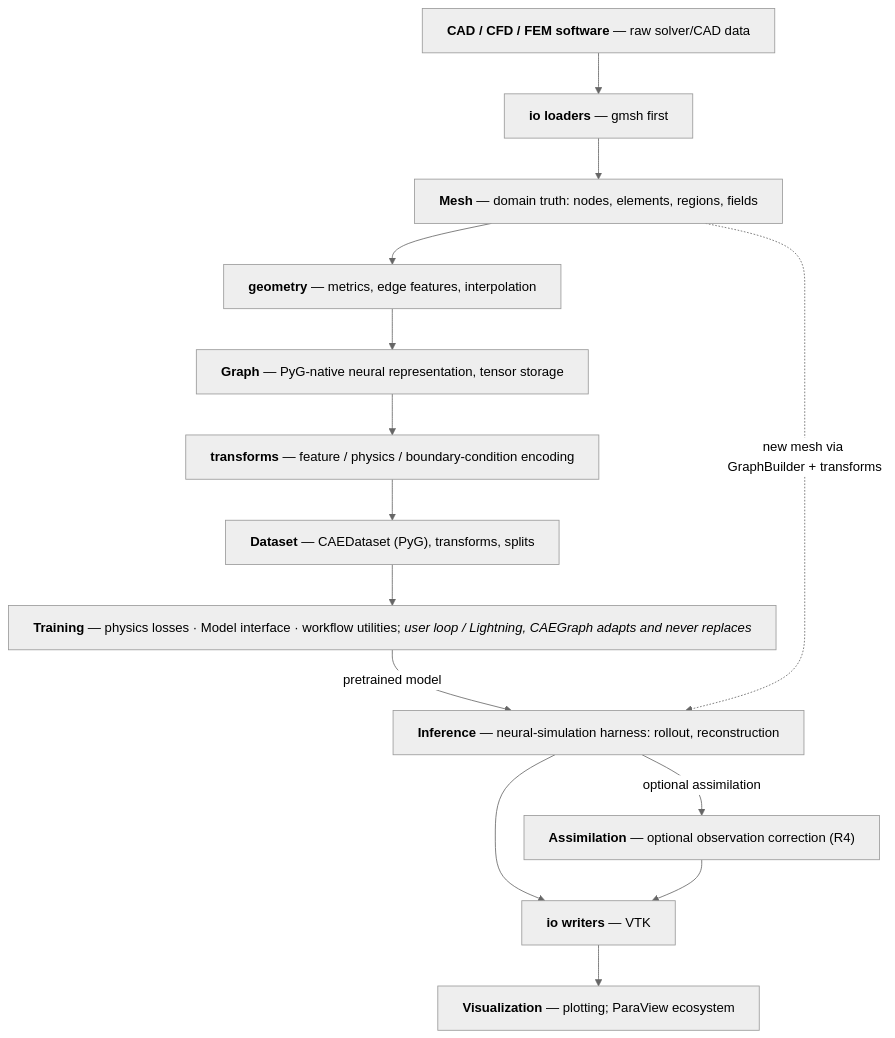
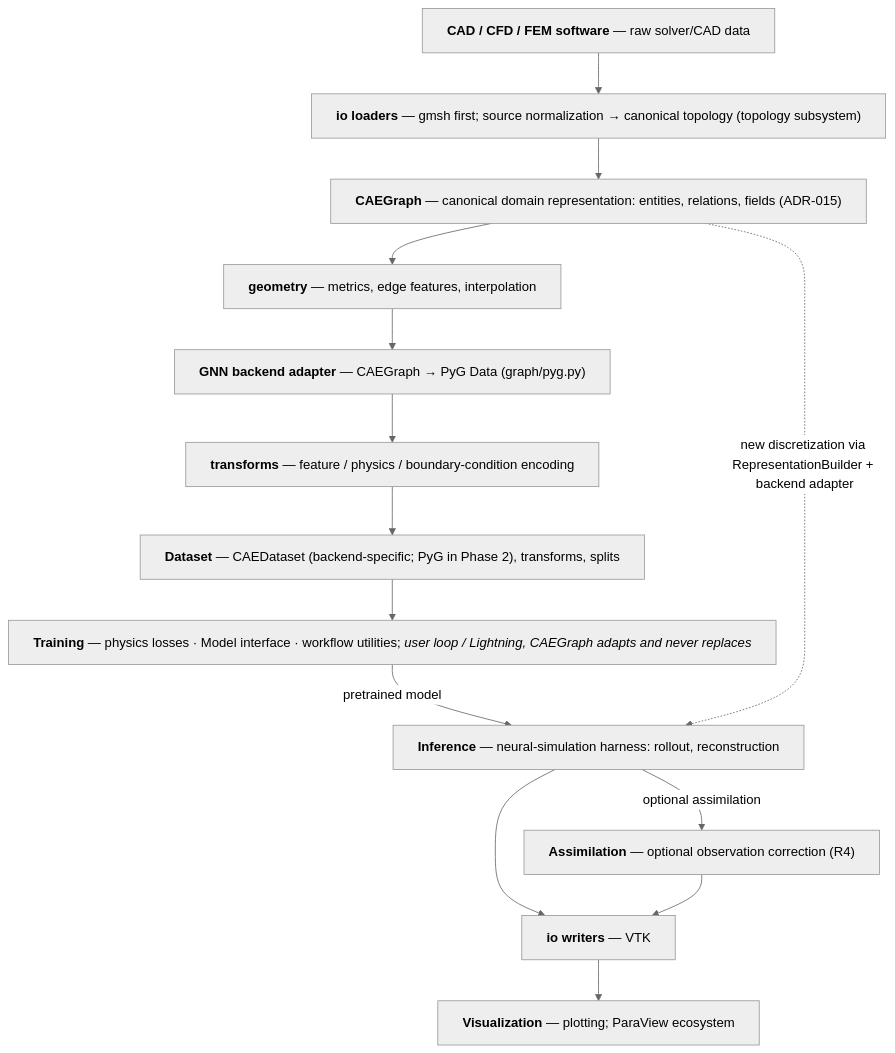
One commit to XYChouMian/caegraph changed the second of 4 diagrams in architecture/ARCHITECTURE.md. Above: the diagram before and after it, drawn with Mermaid (neutral theme). The commit also changed other lines of this file and 19 other files, not shown here.

Commit message:
docs(architecture): migrate documents to CAEGraph canonical representation

````diff
--- a/architecture/ARCHITECTURE.md
+++ b/architecture/ARCHITECTURE.md
@@ -76,25 +80,25 @@
 ```mermaid
 flowchart TD
     classDef nowrap white-space:nowrap
 
     A["<b>CAD / CFD / FEM software</b> — raw solver/CAD data"]
-    B["<b>io loaders</b> — gmsh first"]
-    C["<b>Mesh</b> — domain truth: nodes, elements, regions, fields"]
+    B["<b>io loaders</b> — gmsh first; source normalization → canonical topology (topology subsystem)"]
+    C["<b>CAEGraph</b> — canonical domain representation: entities, relations, fields (ADR-015)"]
     D["<b>geometry</b> — metrics, edge features, interpolation"]
-    E["<b>Graph</b> — PyG-native neural representation, tensor storage"]
+    E["<b>GNN backend adapter</b> — CAEGraph → PyG Data (graph/pyg.py)"]
     F["<b>transforms</b> — feature / physics / boundary-condition encoding"]
-    G["<b>Dataset</b> — CAEDataset (PyG), transforms, splits"]
+    G["<b>Dataset</b> — CAEDataset (backend-specific; PyG in Phase 2), transforms, splits"]
     H["<b>Training</b> — physics losses · Model interface · workflow utilities; <i>user loop / Lightning, CAEGraph adapts and never replaces</i>"]
     I["<b>Inference</b> — neural-simulation harness: rollout, reconstruction"]
     J["<b>Assimilation</b> — optional observation correction (R4)"]
     K["<b>io writers</b> — VTK"]
     L["<b>Visualization</b> — plotting; ParaView ecosystem"]
 
     A --> B --> C --> D --> E --> F --> G --> H
     H -->|"pretrained model"| I
-    C -.->|"new mesh via GraphBuilder + transforms"| I
+    C -.->|"new discretization via RepresentationBuilder + backend adapter"| I
     I --> K --> L
     I -->|"optional assimilation"| J --> K
 
     class A,B,C,D,E,F,G,H,I,J,K,L nowrap
 ```
````
